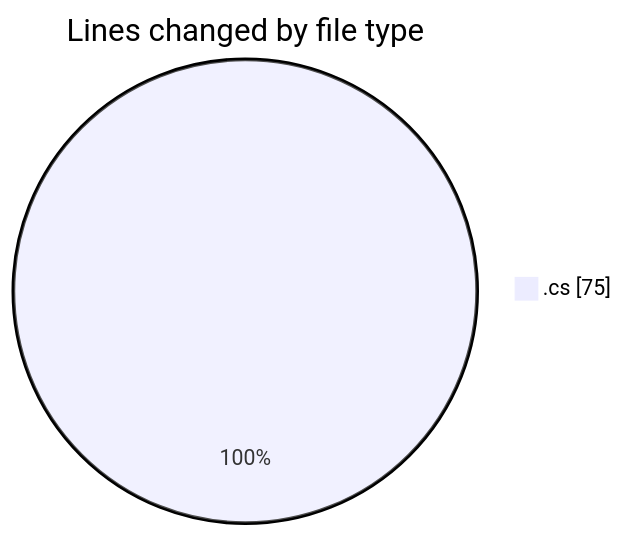
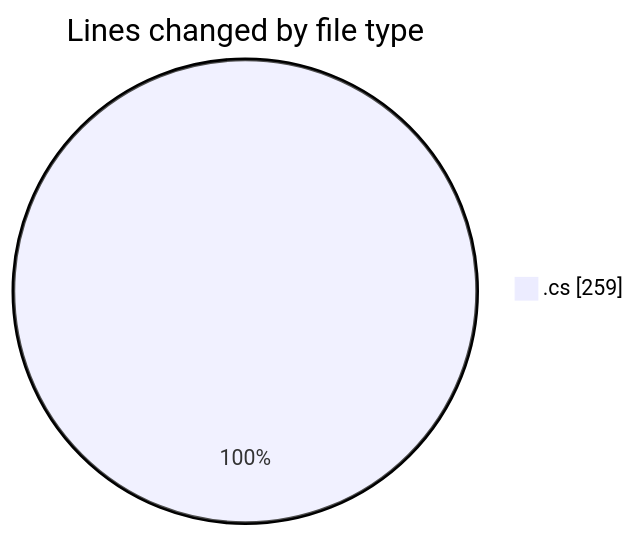
One commit to Netris89/code-tracking changed the first of 2 diagrams in 2025-03-13/back-end/README.md. Above: the diagram before and after it, drawn with Mermaid. The commit also changed other lines of this file and 1 other file, not shown here.

````diff
--- a/2025-03-13/back-end/README.md
+++ b/2025-03-13/back-end/README.md
@@ -20,5 +22,5 @@
 ```mermaid
 pie showData
 title Lines changed by file type
-".cs" : 75
+".cs" : 259
 ```
````
